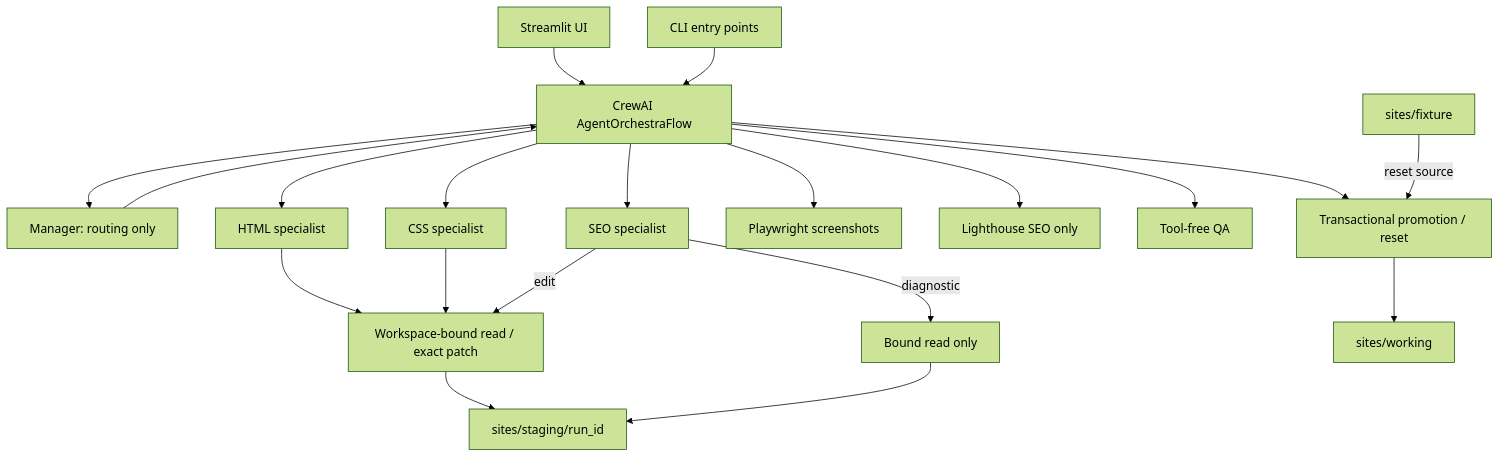
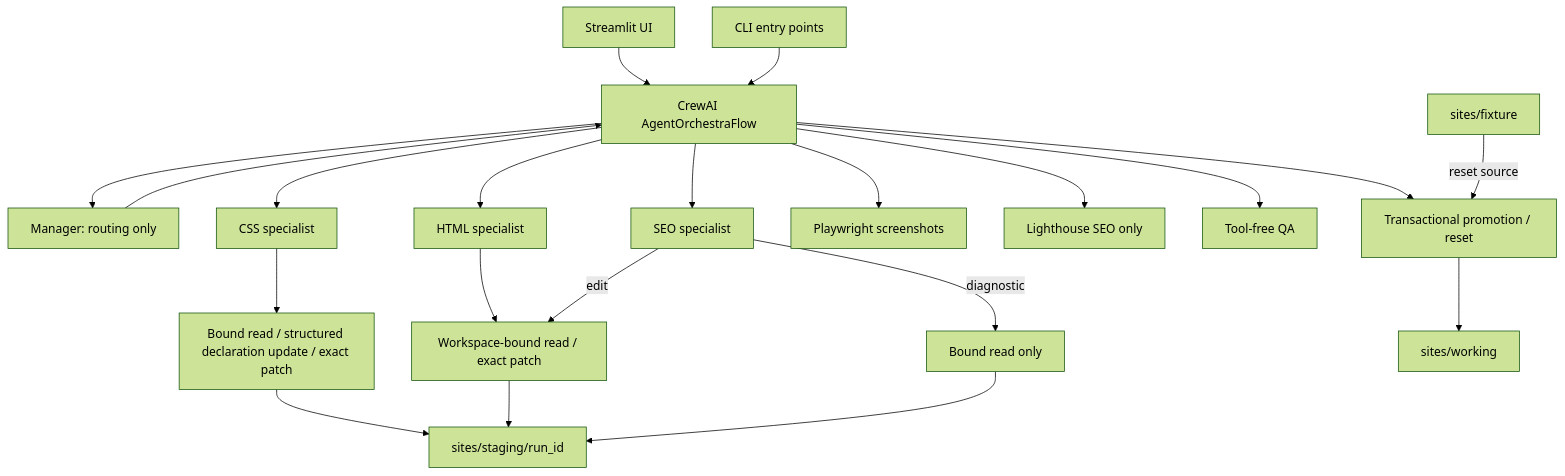
One commit to NaimurRahmannn/Multi-Agent-Orchestrator changed the first of 6 diagrams in agentorchestra/docs/architecture.md. Above: the diagram before and after it, drawn with Mermaid (forest theme). The commit also changed other lines of this file and 8 other files, not shown here.

````diff
--- a/agentorchestra/docs/architecture.md
+++ b/agentorchestra/docs/architecture.md
@@ -7,22 +7,23 @@
 ```mermaid
 flowchart TB
     UI[Streamlit UI] --> FLOW[CrewAI AgentOrchestraFlow]
     CLI[CLI entry points] --> FLOW
     FLOW --> MAN[Manager: routing only]
     MAN --> FLOW
     FLOW --> HTML[HTML specialist]
     FLOW --> CSS[CSS specialist]
     FLOW --> SEO[SEO specialist]
     HTML --> TOOLS[Workspace-bound read / exact patch]
-    CSS --> TOOLS
+    CSS --> CSS_TOOLS[Bound read / structured declaration update / exact patch]
+    CSS_TOOLS --> STAGE
     SEO -->|edit| TOOLS
     SEO -->|diagnostic| READ[Bound read only]
     TOOLS --> STAGE[sites/staging/run_id]
     READ --> STAGE
     FLOW --> SHOT[Playwright screenshots]
     FLOW --> LH[Lighthouse SEO only]
     FLOW --> QA[Tool-free QA]
     FLOW --> PROMO[Transactional promotion / reset]
     PROMO --> WORK[sites/working]
     FIX[sites/fixture] -->|reset source| PROMO
 ```
````
